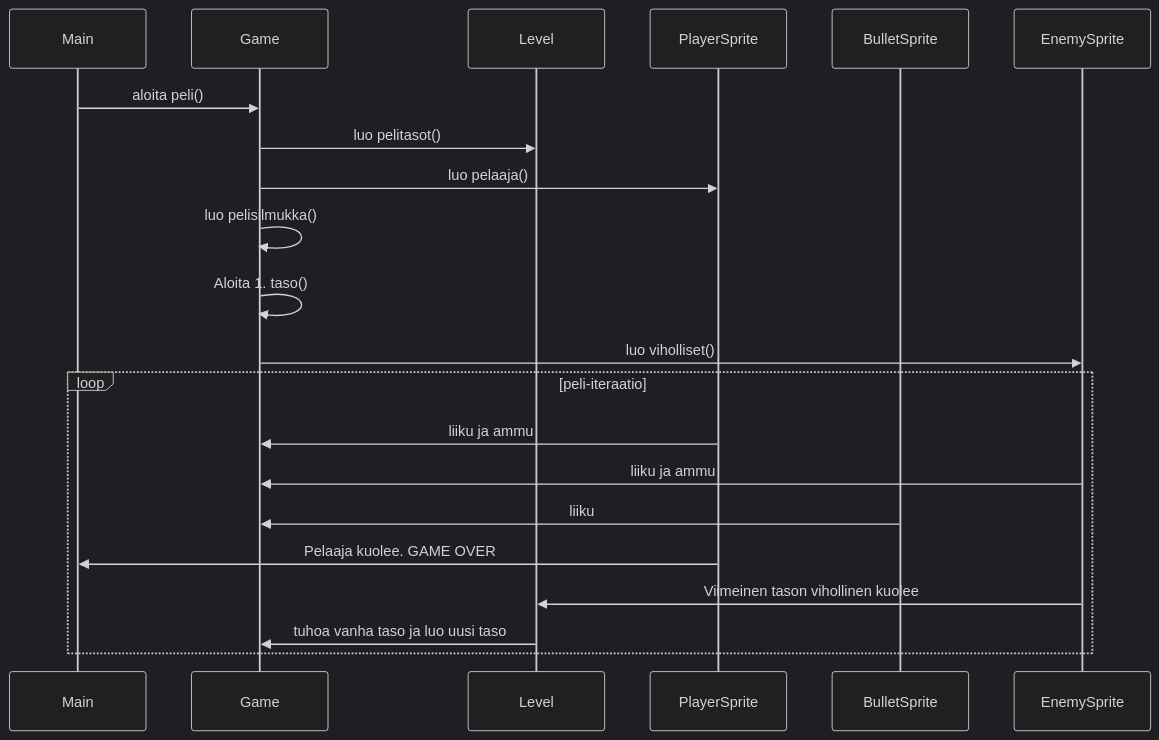
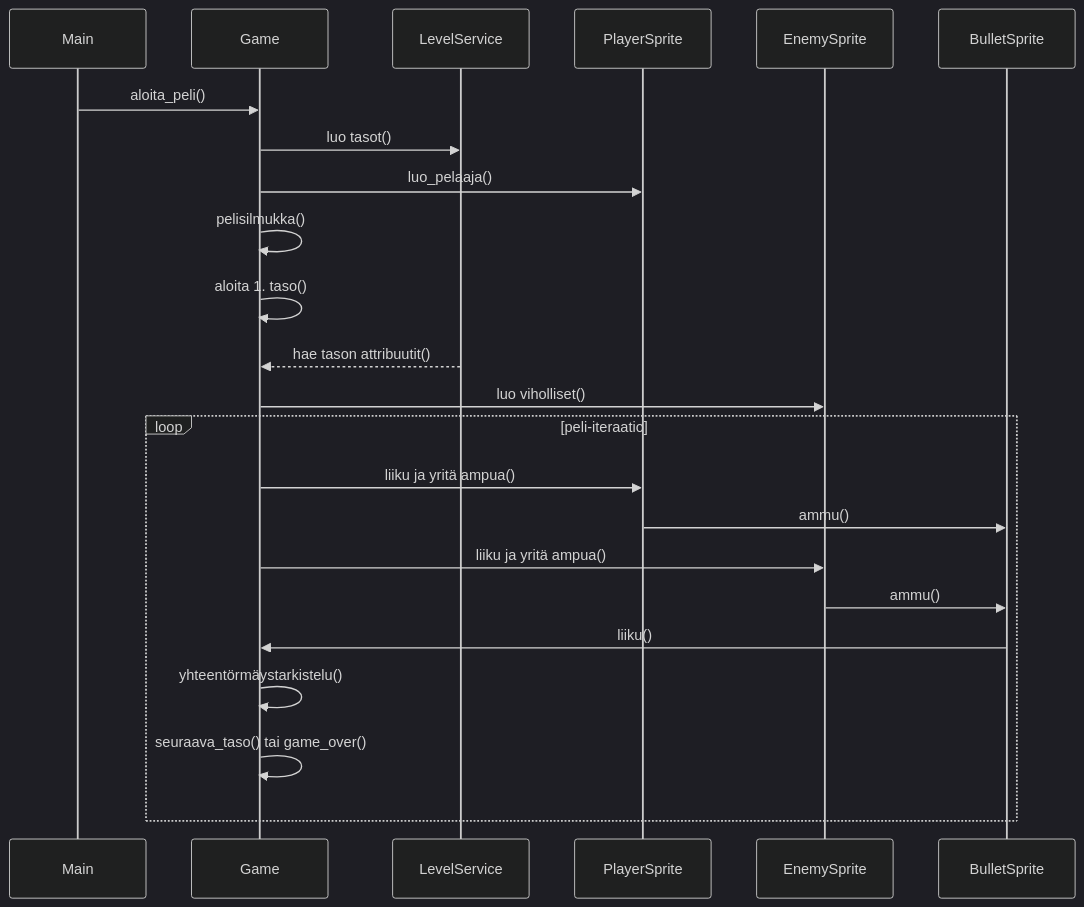
Before and after one commit to Tapir79/ot-harjoitustyo: diagram 14 of 20 in dokumentaatio/arkkitehtuuri.md, drawn with Mermaid (dark theme). The commit also changed other lines of this file, not shown here.

Commit message:
Update architecture

````diff
--- a/dokumentaatio/arkkitehtuuri.md
+++ b/dokumentaatio/arkkitehtuuri.md
@@ -377,25 +377,35 @@
 ```mermaid
 sequenceDiagram
     participant Main
     participant Game
-    participant Level
+    participant LevelService
     participant PlayerSprite
+    participant EnemySprite
     participant BulletSprite
-    participant EnemySprite
+    
 
-    Main->>Game: aloita peli()
-    Game->>Level: luo pelitasot()
-    Game->>PlayerSprite:luo pelaaja()
-    Game->>Game: luo pelisilmukka()
-    Game->>Game: Aloita 1. taso()
+    Main->>Game: aloita_peli()
+    Game->>LevelService: luo tasot()
+    Game->>PlayerSprite: luo_pelaaja()
+    Game->>Game: pelisilmukka()
+    
+   
+    Game->>Game: aloita 1. taso()
+    LevelService-->>Game: hae tason attribuutit()
     Game->>EnemySprite: luo viholliset()
     
+
     loop peli-iteraatio
-        PlayerSprite->>Game: liiku ja ammu
-        EnemySprite->>Game: liiku ja ammu
-        BulletSprite->>Game: liiku
-        PlayerSprite->>Main: Pelaaja kuolee. GAME OVER
-        EnemySprite->>Level: Viimeinen tason vihollinen kuolee
-        Level->>Game: tuhoa vanha taso ja luo uusi taso
+        Game->>PlayerSprite: liiku ja yritä ampua()
+        PlayerSprite->>BulletSprite: ammu()
+        Game->>EnemySprite: liiku ja yritä ampua()
+        EnemySprite->>BulletSprite: ammu()
+        BulletSprite->>Game: liiku()
+
+        Game->>Game: yhteentörmäystarkistelu()
+         
+        Game->>Game: seuraava_taso() tai game_over()
+        
     end
+
 ```
````
